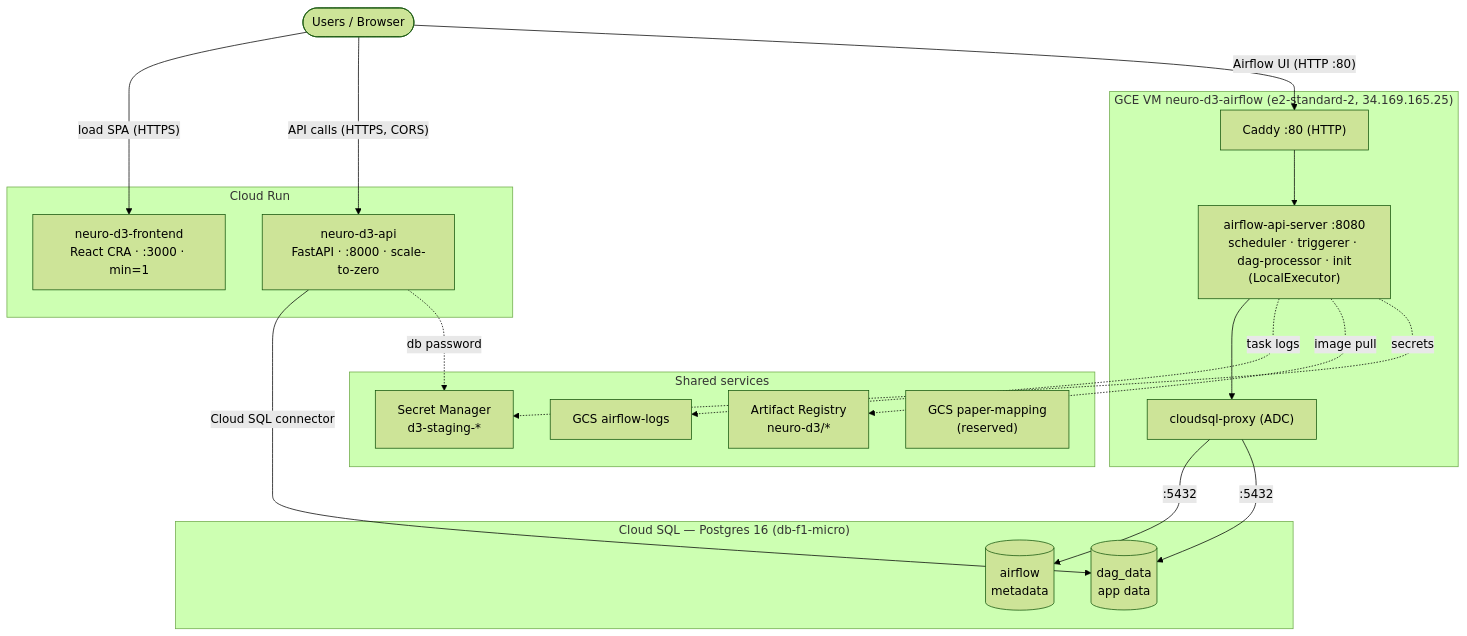
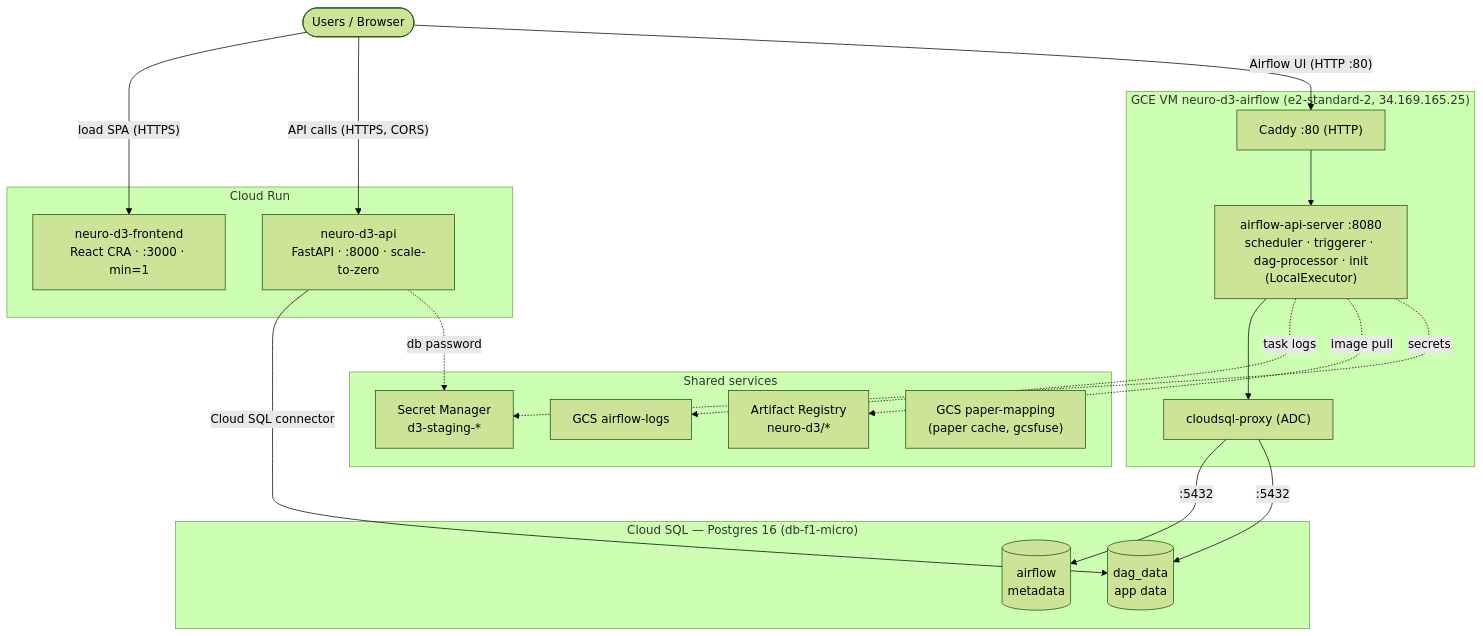
One commit to Neuro-D3/neurod3 changed the diagram in deploy/gcp/staging/ARCHITECTURE.md. Above: the diagram before and after it, drawn with Mermaid (forest theme). The commit also changed other lines of this file and 8 other files, not shown here.

First line of the commit message:
Staging: paper cache and mapping artifacts persist in GCS via gcsfuse (#104)

````diff
--- a/deploy/gcp/staging/ARCHITECTURE.md
+++ b/deploy/gcp/staging/ARCHITECTURE.md
@@ -13,41 +13,41 @@
 ```mermaid
 flowchart TB
     user(["Users / Browser"])
 
     subgraph cr["Cloud Run"]
       fe["neuro-d3-frontend<br/>React CRA · :3000 · min=1"]
       api["neuro-d3-api<br/>FastAPI · :8000 · scale-to-zero"]
     end
 
     subgraph vm["GCE VM neuro-d3-airflow (e2-standard-2, 34.169.165.25)"]
       caddy["Caddy :80 (HTTP)"]
       af["airflow-api-server :8080<br/>scheduler · triggerer · dag-processor · init<br/>(LocalExecutor)"]
       proxy["cloudsql-proxy (ADC)"]
       caddy --> af --> proxy
     end
 
     subgraph sql["Cloud SQL — Postgres 16 (db-f1-micro)"]
       dbaf[("airflow<br/>metadata")]
       dbdata[("dag_data<br/>app data")]
     end
 
     subgraph shared["Shared services"]
       sm["Secret Manager<br/>d3-staging-*"]
       ar["Artifact Registry<br/>neuro-d3/*"]
       logs["GCS airflow-logs"]
-      pm["GCS paper-mapping<br/>(reserved)"]
+      pm["GCS paper-mapping<br/>(paper cache, gcsfuse)"]
     end
 
     user -->|"load SPA (HTTPS)"| fe
     user -->|"API calls (HTTPS, CORS)"| api
     user -->|"Airflow UI (HTTP :80)"| caddy
 
     api -->|"Cloud SQL connector"| dbdata
     proxy -->|":5432"| dbaf
     proxy -->|":5432"| dbdata
 
     af -. "task logs" .-> logs
     af -. "image pull" .-> ar
     af -. "secrets" .-> sm
     api -. "db password" .-> sm
 ```
````
